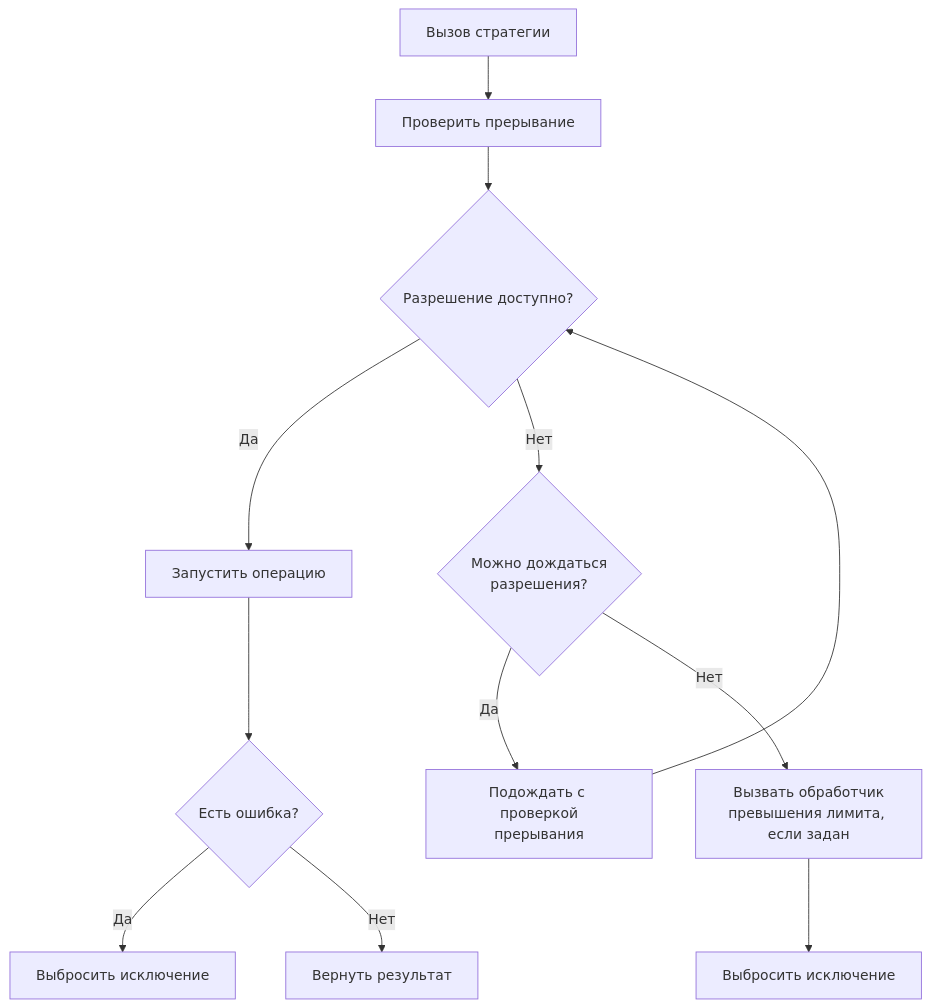
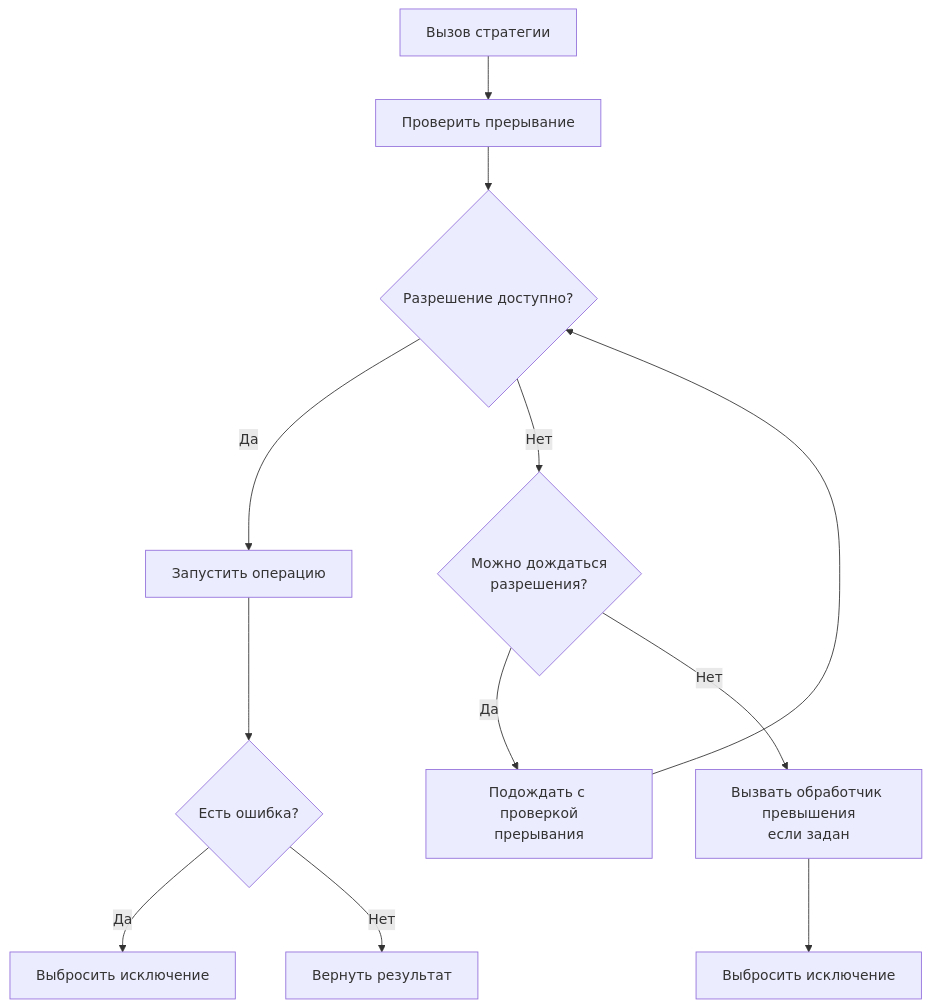
The diagram in docs/СтратегияОграниченияВызовов.md (Stivo182/oscript-resilience), drawn with Mermaid before and after one commit. The commit also changed other lines of this file and 7 other files, not shown here.

````diff
--- a/docs/СтратегияОграниченияВызовов.md
+++ b/docs/СтратегияОграниченияВызовов.md
@@ -67,14 +31,14 @@
 ```mermaid
 flowchart TD
     A[Вызов стратегии] --> B[Проверить прерывание]
     B --> C{Разрешение доступно?}
     C -- Да --> H[Запустить операцию]
     C -- Нет --> D{Можно дождаться<br/>разрешения?}
     D -- Да --> F[Подождать с проверкой<br/>прерывания]
     F --> C
-    D -- Нет --> E[Вызвать обработчик<br/>превышения лимита, если задан]
+    D -- Нет --> E[Вызвать обработчик превышения<br/>если задан]
     E --> G[Выбросить исключение]
     H --> I{Есть ошибка?}
     I -- Да --> J[Выбросить исключение]
     I -- Нет --> K[Вернуть результат]
 ```
````
